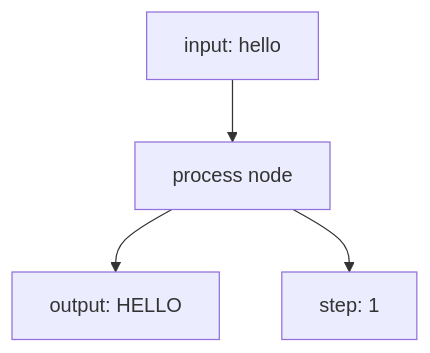
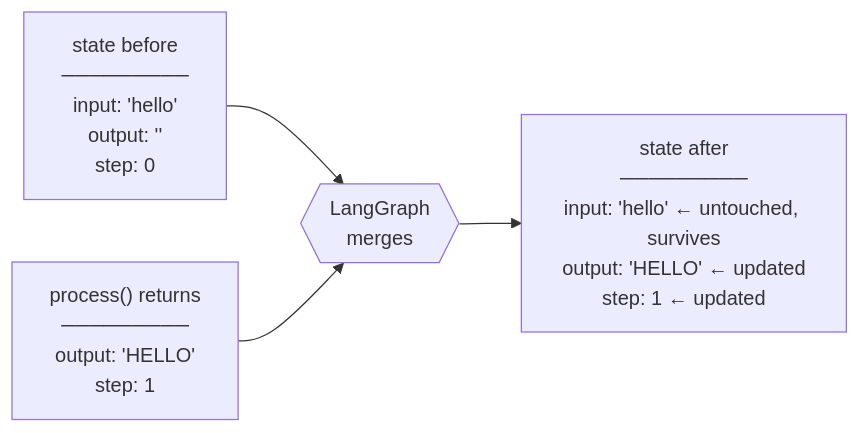
Before and after one commit to Walid-Ahmed/langgraph-tutorials: the second of 2 diagrams in 1-Langgraph basics/README.md, drawn with Mermaid. The commit also changed other lines of this file and 8 other files, not shown here.

````diff
--- a/1-Langgraph basics/README.md
+++ b/1-Langgraph basics/README.md
@@ -89,6 +65,6 @@
 ```mermaid
-flowchart TD
-    A["input: hello"] --> B["process node"]
-    B --> C["output: HELLO"]
-    B --> D["step: 1"]
+flowchart LR
+    B["state before<br/>─────────<br/>input: 'hello'<br/>output: ''<br/>step: 0"] --> M{{"LangGraph<br/>merges"}}
+    R["process() returns<br/>─────────<br/>output: 'HELLO'<br/>step: 1"] --> M
+    M --> A["state after<br/>─────────<br/>input: 'hello' ← untouched, survives<br/>output: 'HELLO' ← updated<br/>step: 1 ← updated"]
 ```
````
